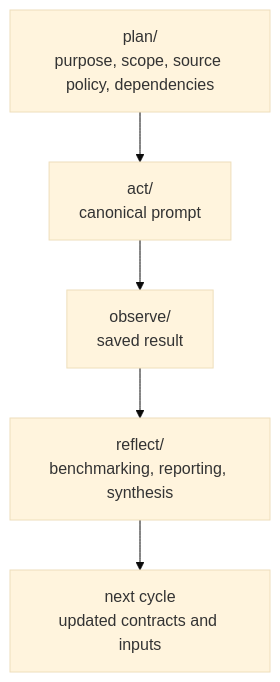
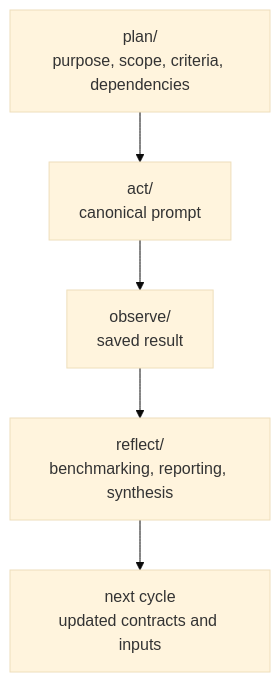
The first of 2 diagrams in README.md (dtcc-platform/udt-platforms-mapping), drawn with Mermaid (base theme) before and after one commit. The commit also changed other lines of this file and 22 other files, not shown here.

````diff
--- a/README.md
+++ b/README.md
@@ -124,18 +131,18 @@
 ```mermaid
 flowchart TD
     P["plan/
-purpose, scope, source policy, dependencies"]
+purpose, scope, criteria, dependencies"]
     A["act/
 canonical prompt"]
     O["observe/
 saved result"]
     R["reflect/
 benchmarking, reporting, synthesis"]
     N["next cycle
 updated contracts and inputs"]
 
     P --> A
     A --> O
     O --> R
     R --> N
 ```
````
